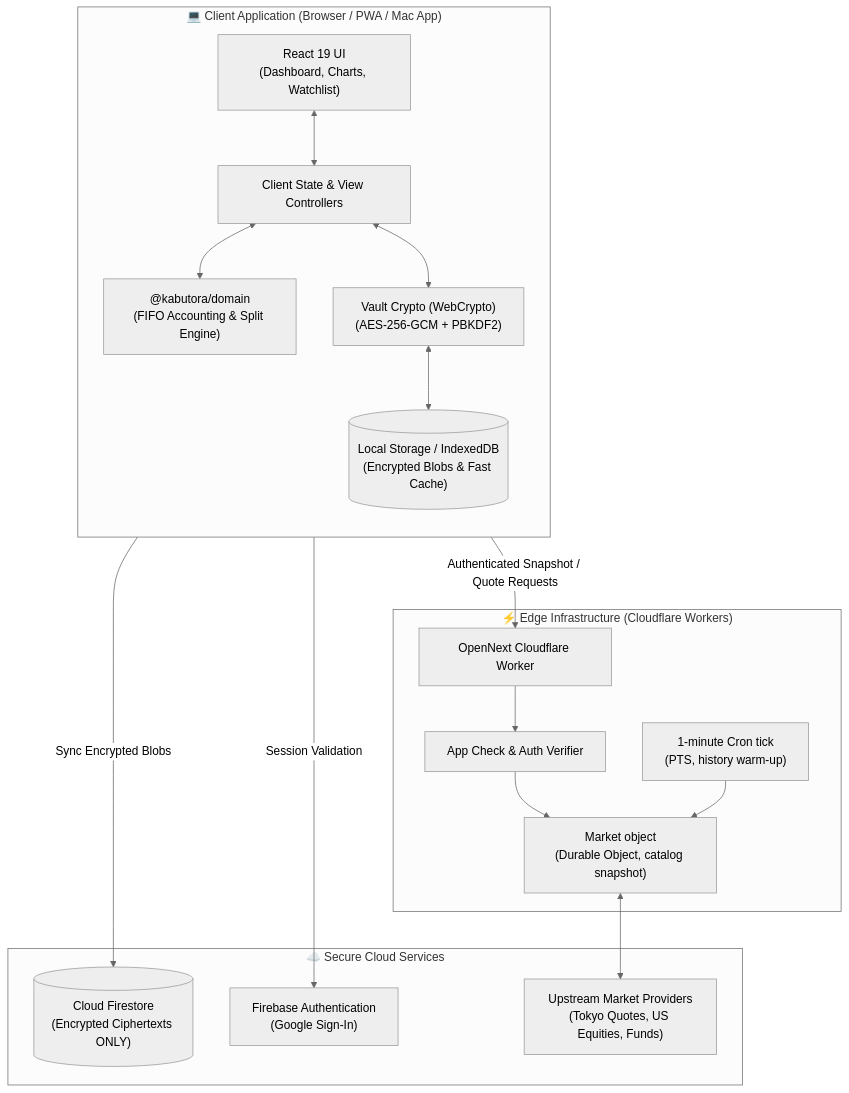
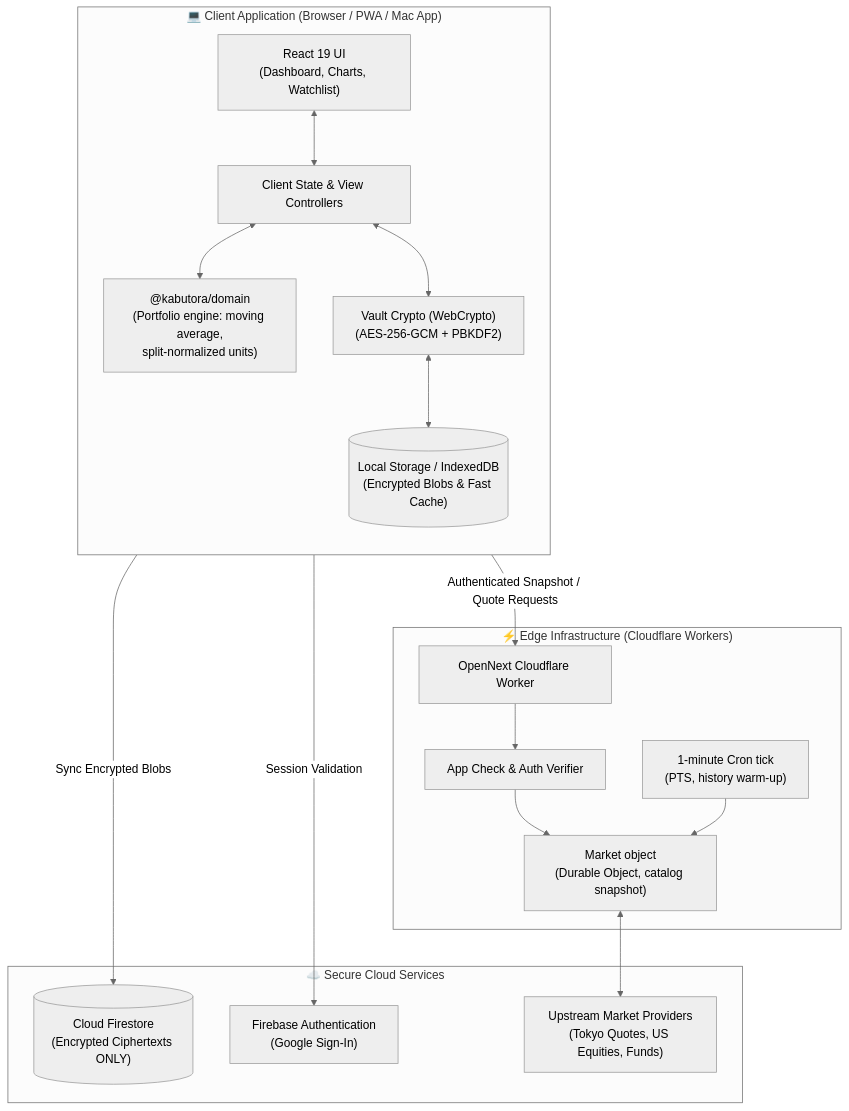
The first of 2 diagrams in docs/architecture.md (SotaYanagisawa/kabutora), drawn with Mermaid (neutral theme) before and after one commit. The commit also changed other lines of this file and 143 other files, not shown here.

````diff
--- a/docs/architecture.md
+++ b/docs/architecture.md
@@ -9,38 +9,38 @@
 ```mermaid
 flowchart TB
     subgraph Browser["💻 Client Application (Browser / PWA / Mac App)"]
         direction TB
         UI["React 19 UI\n(Dashboard, Charts, Watchlist)"]
         State["Client State & View Controllers"]
-        Domain["@kabutora/domain\n(FIFO Accounting & Split Engine)"]
+        Domain["@kabutora/domain\n(Portfolio engine: moving average,\nsplit-normalized units)"]
         Crypto["Vault Crypto (WebCrypto)\n(AES-256-GCM + PBKDF2)"]
         IDB[("Local Storage / IndexedDB\n(Encrypted Blobs & Fast Cache)")]
         
         UI <--> State
         State <--> Domain
         State <--> Crypto
         Crypto <--> IDB
     end
 
     subgraph Edge["⚡ Edge Infrastructure (Cloudflare Workers)"]
         Worker["OpenNext Cloudflare Worker"]
         AuthCheck["App Check & Auth Verifier"]
         MarketProxy["Market object\n(Durable Object, catalog snapshot)"]
         Scheduler["1-minute Cron tick\n(PTS, history warm-up)"]
         
         Worker --> AuthCheck
         AuthCheck --> MarketProxy
         Scheduler --> MarketProxy
     end
 
     subgraph Backend["☁️ Secure Cloud Services"]
         Firestore[("Cloud Firestore\n(Encrypted Ciphertexts ONLY)")]
         Auth["Firebase Authentication\n(Google Sign-In)"]
         Upstream["Upstream Market Providers\n(Tokyo Quotes, US Equities, Funds)"]
     end
 
     State -- "Authenticated Snapshot / Quote Requests" --> Worker
     Crypto -- "Sync Encrypted Blobs" --> Firestore
     State -- "Session Validation" --> Auth
     MarketProxy <--> Upstream
 ```
````
